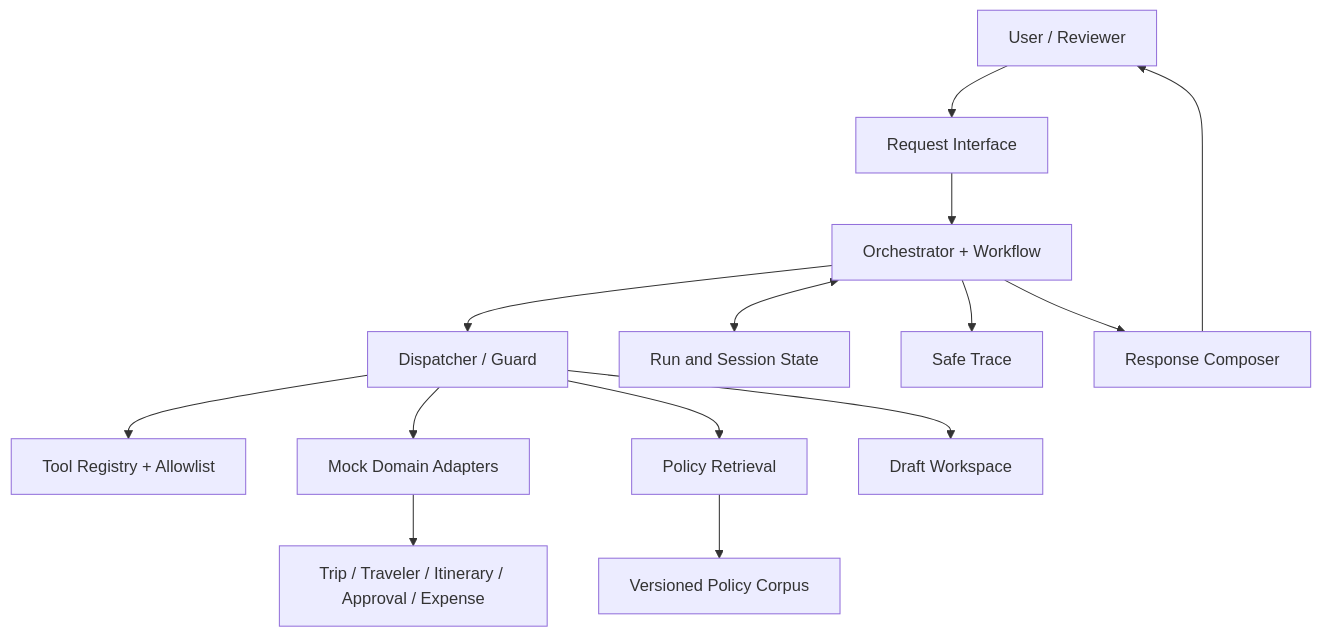
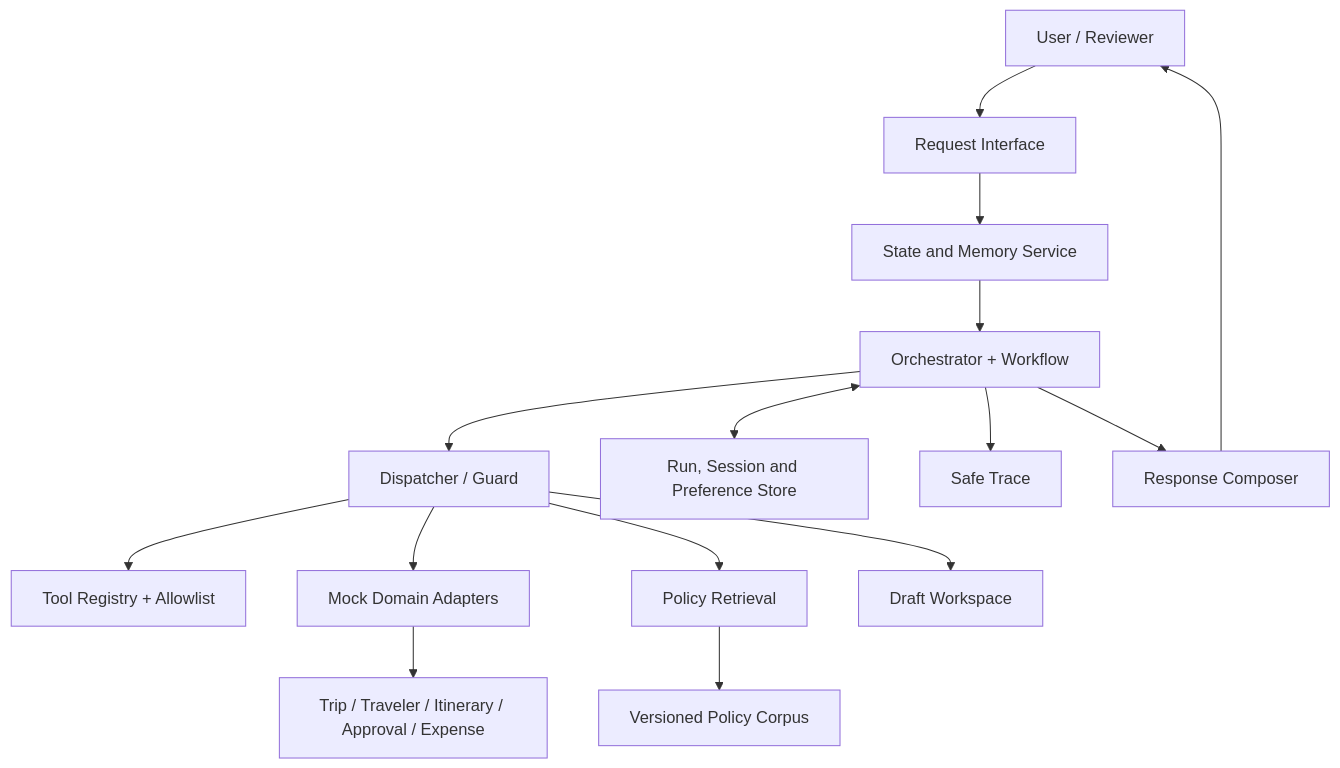
The diagram in docs/agent-design/01-architecture.md (QuangAIEngineer29012006/Global-Business-Travel-Operations-Agent), drawn with Mermaid before and after one commit. The commit also changed other lines of this file and 18 other files, not shown here.

````diff
--- a/docs/agent-design/01-architecture.md
+++ b/docs/agent-design/01-architecture.md
@@ -67,16 +76,17 @@
 ```mermaid
 flowchart TD
   U[User / Reviewer] --> I[Request Interface]
-  I --> O[Orchestrator + Workflow]
+  I --> M[State and Memory Service]
+  M --> O[Orchestrator + Workflow]
   O --> D[Dispatcher / Guard]
   D --> R[Tool Registry + Allowlist]
   D --> A[Mock Domain Adapters]
   A --> T[Trip / Traveler / Itinerary / Approval / Expense]
   D --> P[Policy Retrieval]
   P --> K[Versioned Policy Corpus]
   D --> W[Draft Workspace]
-  O <--> S[Run and Session State]
+  O <--> S[Run, Session and Preference Store]
   O --> L[Safe Trace]
   O --> C[Response Composer]
   C --> U
 ```
````
